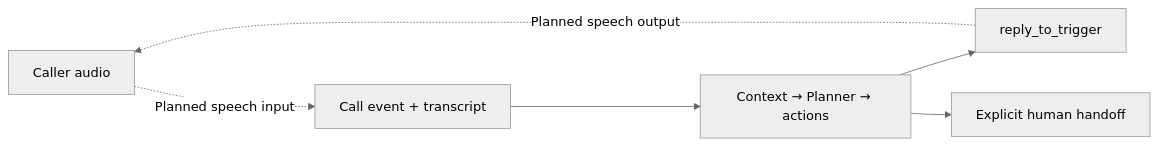
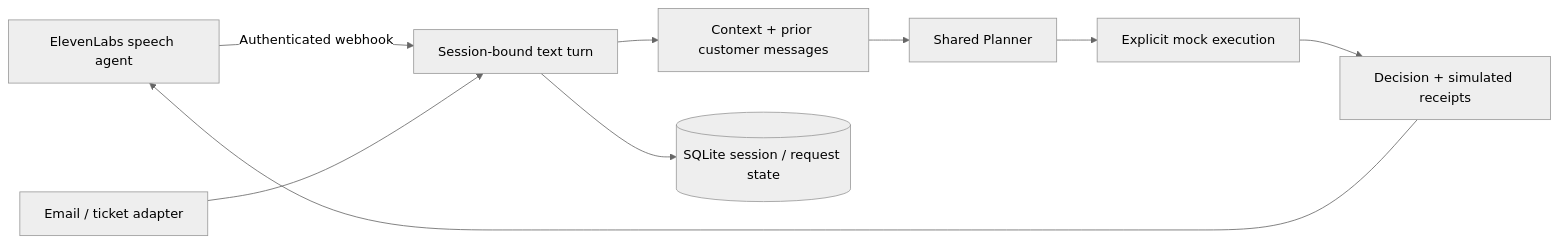
One commit to xmanatee/dwelly-hack-2026 changed the diagram in docs/voice/README.md. Above: the diagram before and after it, drawn with Mermaid (neutral theme). The commit also changed other lines of this file and 15 other files, not shown here.

Commit message:
Add authenticated session service and ElevenLabs webhook integration boundary

````diff
--- a/docs/voice/README.md
+++ b/docs/voice/README.md
@@ -7,8 +11,11 @@
 ```mermaid
 flowchart LR
-    A[Caller audio] -. Planned speech input .-> B[Call event + transcript]
-    B --> C[Context → Planner → actions]
-    C --> D[reply_to_trigger]
-    D -. Planned speech output .-> A
-    C --> H[Explicit human handoff]
+    V[ElevenLabs speech agent] -->|Authenticated webhook| A[Session-bound text turn]
+    E[Email / ticket adapter] --> A
+    A --> C[Context + prior customer messages]
+    C --> P[Shared Planner]
+    P --> X[Explicit mock execution]
+    X --> R[Decision + simulated receipts]
+    R --> V
+    A --> S[(SQLite session / request state)]
 ```
````
